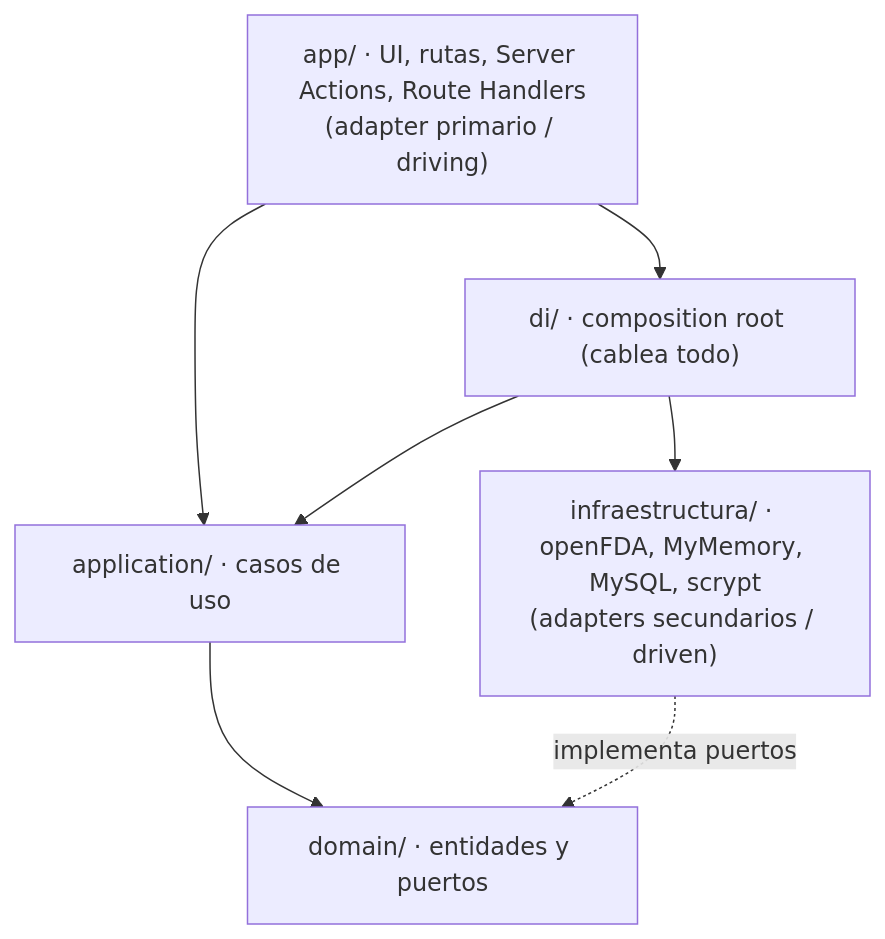
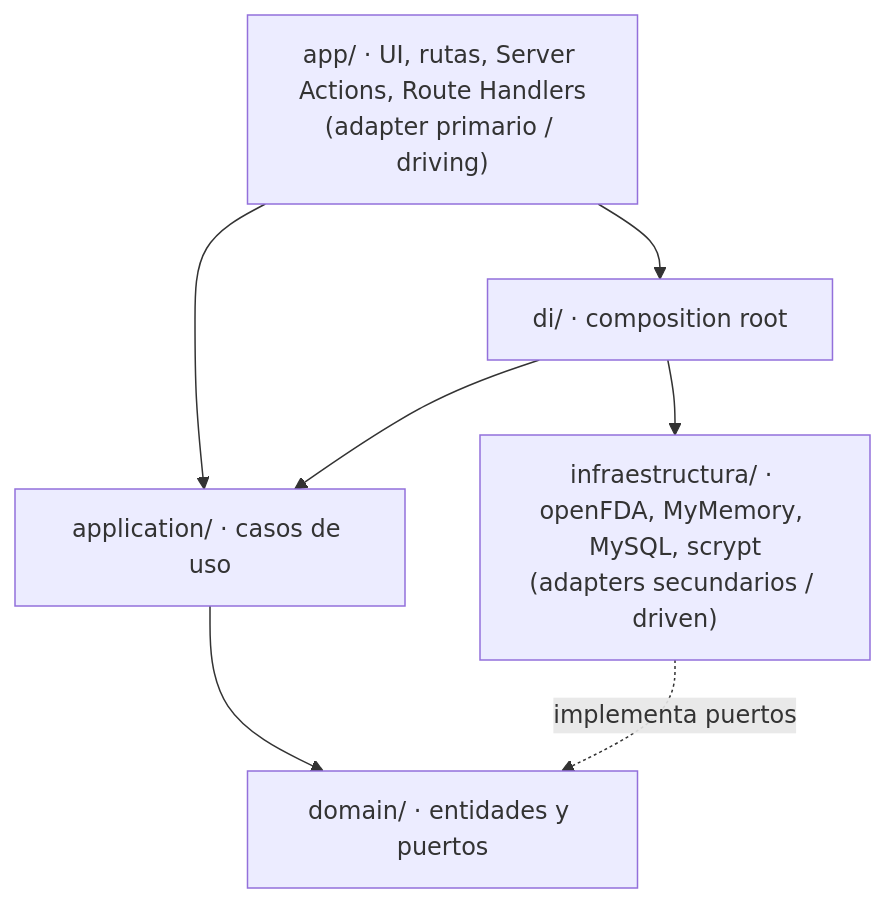
Before and after one commit to leo12L/FarmaceuticoLearn: the first of 2 diagrams in README.md, drawn with Mermaid. The commit also changed other lines of this file, not shown here.

````diff
--- a/README.md
+++ b/README.md
@@ -70,9 +78,9 @@
 ```mermaid
 flowchart TD
     A["app/ · UI, rutas, Server Actions, Route Handlers<br/>(adapter primario / driving)"] --> C
-    I["infraestructura/ · openFDA, MyMemory, MySQL, scrypt<br/>(adapters secundarios / driven)"] -.implementa puertos.-> D
+    I["infraestructura/ · openFDA, MyMemory, MySQL, scrypt<br/>(adapters secundarios / driven)"] -. implementa puertos .-> D
     C["application/ · casos de uso"] --> D["domain/ · entidades y puertos"]
-    A --> DI["di/ · composition root (cablea todo)"]
+    A --> DI["di/ · composition root"]
     DI --> C
     DI --> I
 ```
````
